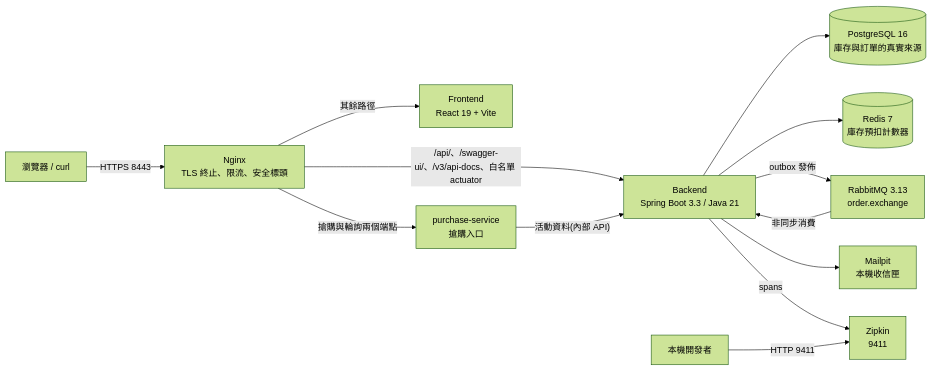
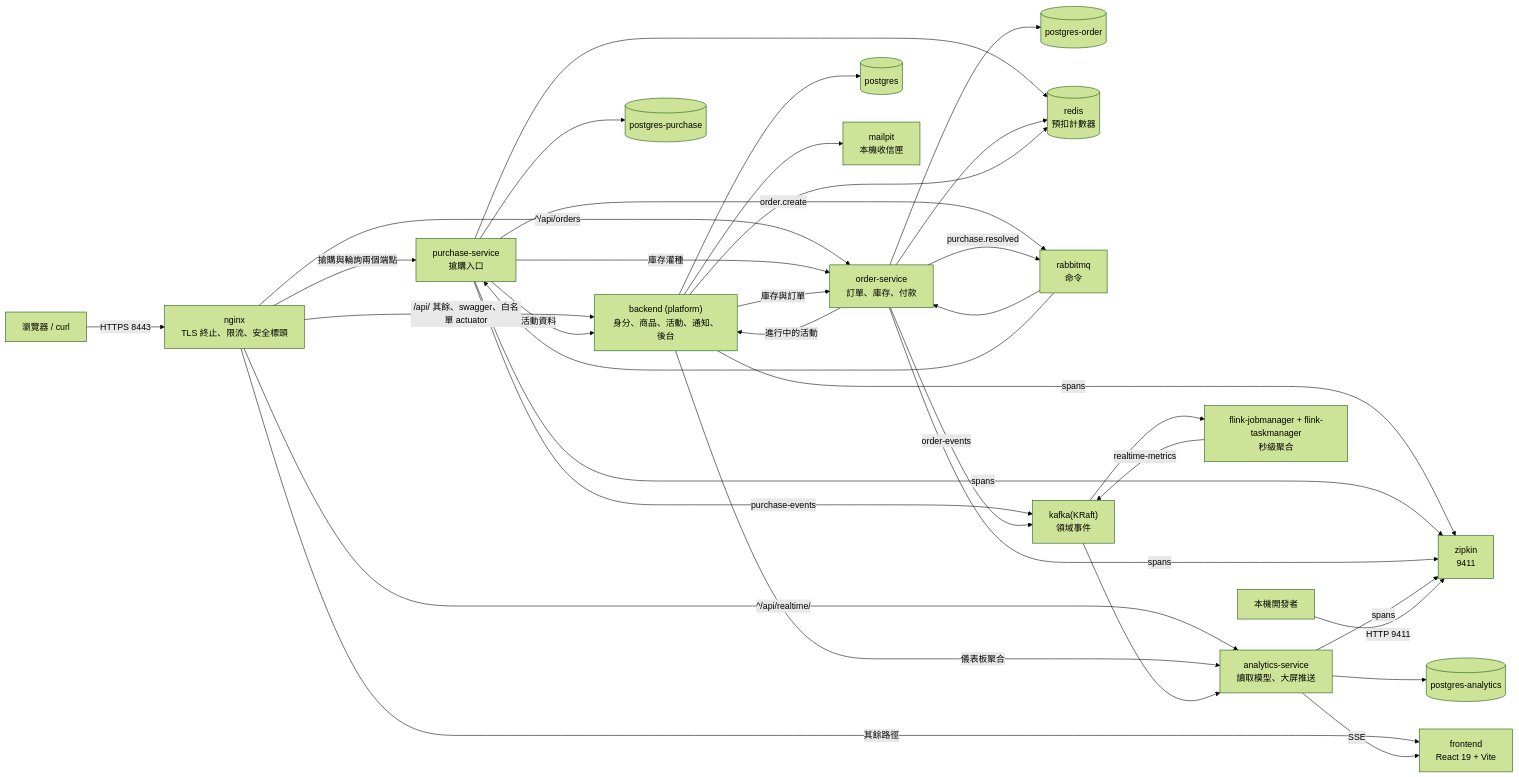
One commit to kevintsai1325/FlashSale changed the first of 2 diagrams in README.md. Above: the diagram before and after it, drawn with Mermaid (forest theme). The commit also changed other lines of this file and 2 other files, not shown here.

First line of the commit message:
docs: README 的兩張圖也跟上，並把守門擴到 README 與服務數

````diff
--- a/README.md
+++ b/README.md
@@ -56,15 +56,42 @@
 ```mermaid
 flowchart LR
-    Client["瀏覽器 / curl"] -->|HTTPS 8443| Nginx["Nginx<br/>TLS 終止、限流、安全標頭"]
-    Nginx -->|其餘路徑| Frontend["Frontend<br/>React 19 + Vite"]
+    Client["瀏覽器 / curl"] -->|HTTPS 8443| Nginx["nginx<br/>TLS 終止、限流、安全標頭"]
+    Nginx -->|其餘路徑| Frontend["frontend<br/>React 19 + Vite"]
     Nginx -->|"搶購與輪詢兩個端點"| Purchase["purchase-service<br/>搶購入口"]
-    Nginx -->|"/api/、/swagger-ui/、/v3/api-docs、白名單 actuator"| Backend["Backend<br/>Spring Boot 3.3 / Java 21"]
-    Purchase -->|"活動資料(內部 API)"| Backend
-    Backend --> Postgres[("PostgreSQL 16<br/>庫存與訂單的真實來源")]
-    Backend --> Redis[("Redis 7<br/>庫存預扣計數器")]
-    Backend -->|outbox 發佈| Rabbit["RabbitMQ 3.13<br/>order.exchange"]
-    Rabbit -->|非同步消費| Backend
-    Backend --> Mailpit["Mailpit<br/>本機收信匣"]
-    Backend -->|spans| Zipkin["Zipkin<br/>9411"]
+    Nginx -->|"^/api/orders"| Order["order-service<br/>訂單、庫存、付款"]
+    Nginx -->|"^/api/realtime/"| Analytics["analytics-service<br/>讀取模型、大屏推送"]
+    Nginx -->|"/api/ 其餘、swagger、白名單 actuator"| Backend["backend (platform)<br/>身分、商品、活動、通知、後台"]
+
+    Purchase -->|活動資料| Backend
+    Purchase -->|庫存灌種| Order
+    Order -->|進行中的活動| Backend
+    Backend -->|庫存與訂單| Order
+    Backend -->|儀表板聚合| Analytics
+
+    Backend --> PgPlatform[("postgres")]
+    Purchase --> PgPurchase[("postgres-purchase")]
+    Order --> PgOrder[("postgres-order")]
+    Analytics --> PgAnalytics[("postgres-analytics")]
+    Purchase --> Redis[("redis<br/>預扣計數器")]
+    Order --> Redis
+    Backend --> Redis
+
+    Purchase -->|"order.create"| Rabbit["rabbitmq<br/>命令"]
+    Rabbit --> Order
+    Order -->|"purchase.resolved"| Rabbit
+    Rabbit --> Purchase
+
+    Purchase -->|"purchase-events"| Kafka["kafka(KRaft)<br/>領域事件"]
+    Order -->|"order-events"| Kafka
+    Kafka --> Analytics
+    Kafka --> Flink["flink-jobmanager + flink-taskmanager<br/>秒級聚合"]
+    Flink -->|"realtime-metrics"| Kafka
+    Analytics -->|"SSE"| Frontend
+
+    Backend --> Mailpit["mailpit<br/>本機收信匣"]
+    Backend -->|spans| Zipkin["zipkin<br/>9411"]
+    Purchase -->|spans| Zipkin
+    Order -->|spans| Zipkin
+    Analytics -->|spans| Zipkin
     Developer["本機開發者"] -->|HTTP 9411| Zipkin
 ```
````
